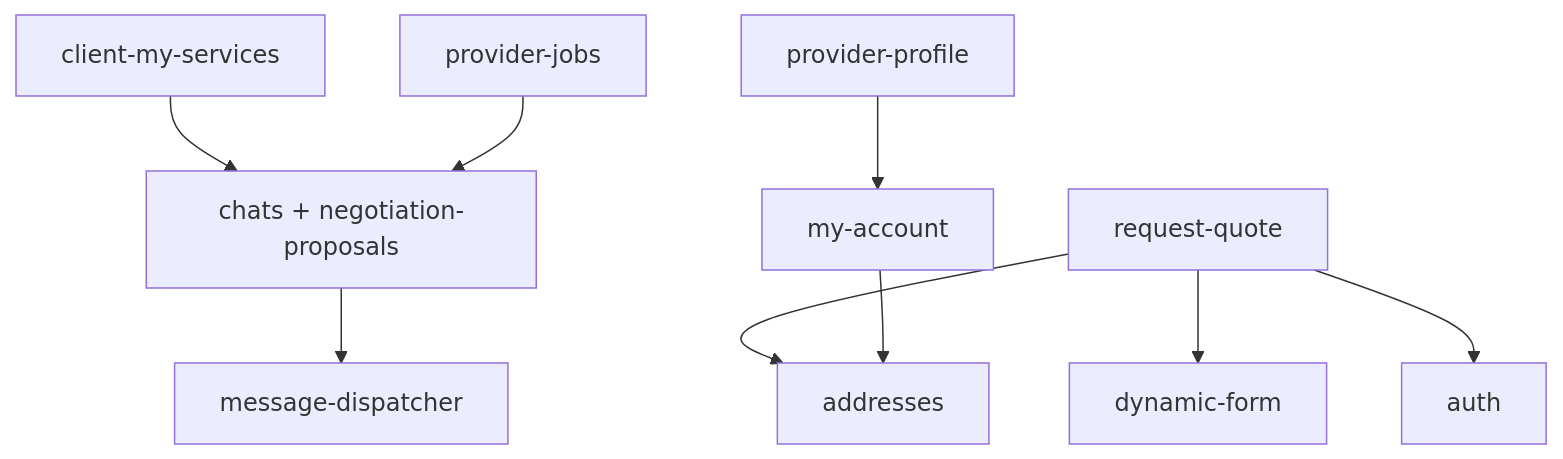
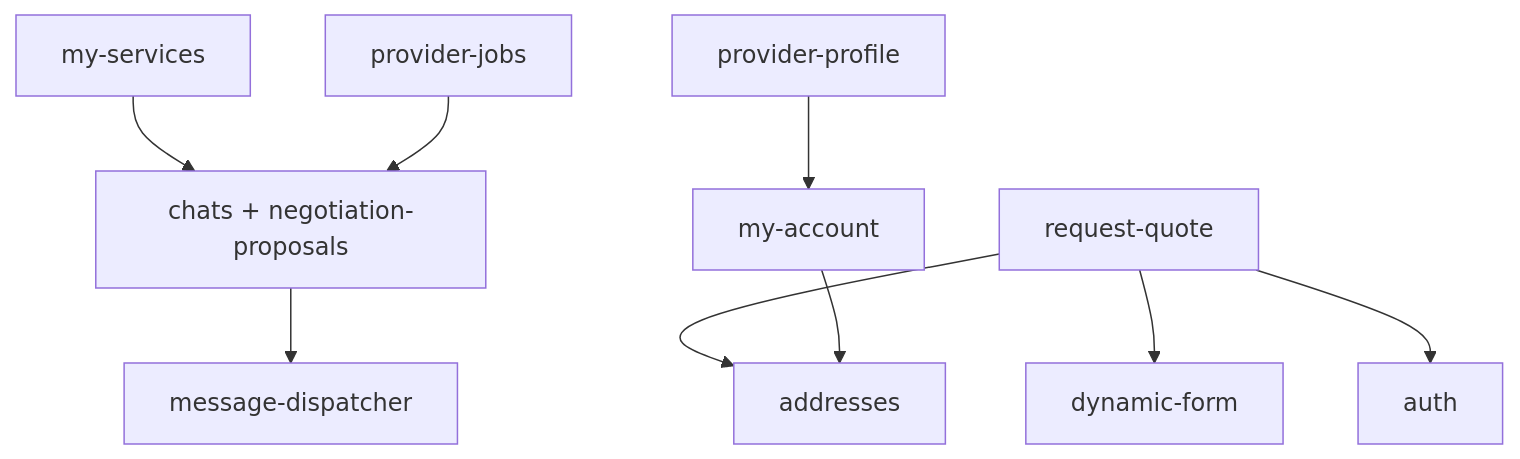
One commit to higorpo/renovi-orbit-test changed the diagram in docs/business/02-mapa-de-modulos-e-features.md. Above: the diagram before and after it, drawn with Mermaid. The commit also changed other lines of this file and 107 other files, not shown here.

````diff
--- a/docs/business/02-mapa-de-modulos-e-features.md
+++ b/docs/business/02-mapa-de-modulos-e-features.md
@@ -66,21 +66,21 @@
 ```mermaid
 flowchart TB
   RQ[request-quote]
   DF[dynamic-form]
   AD[addresses]
   AU[auth]
-  CM[client-my-services]
+  CM[my-services]
   PJ[provider-jobs]
   PP[provider-profile]
   MA[my-account]
   CH[chats + negotiation-proposals]
   MD[message-dispatcher]
   RQ --> DF
   RQ --> AD
   RQ --> AU
   CM --> CH
   MA --> AD
   PP --> MA
   PJ --> CH
   CH --> MD
 ```
````
